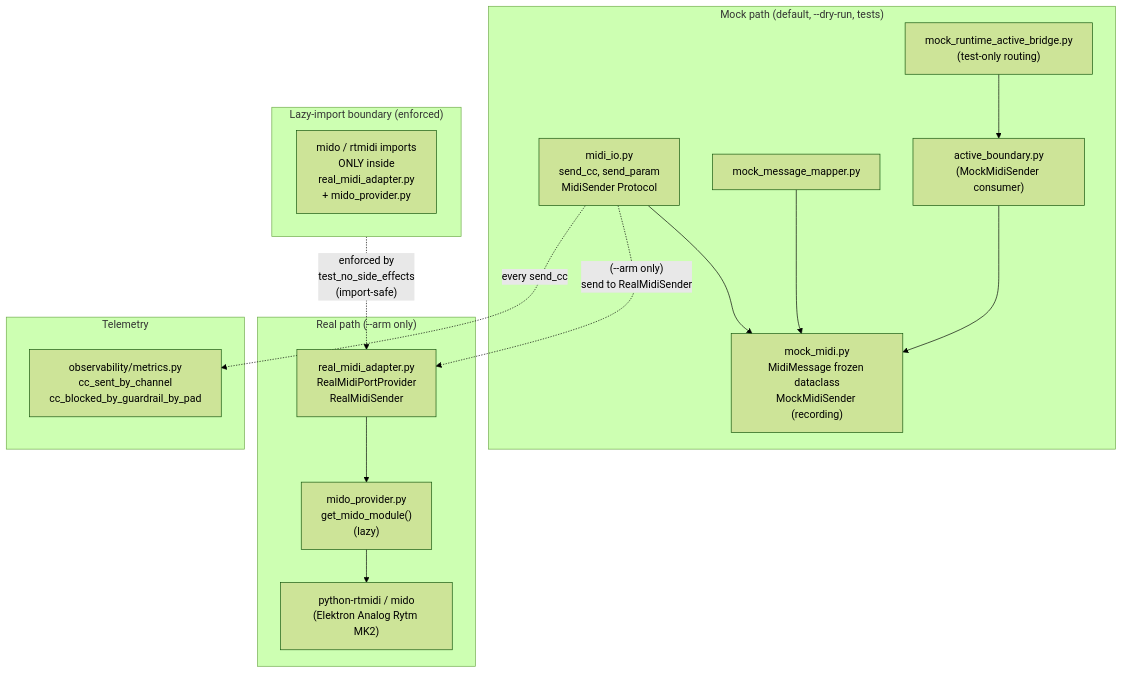
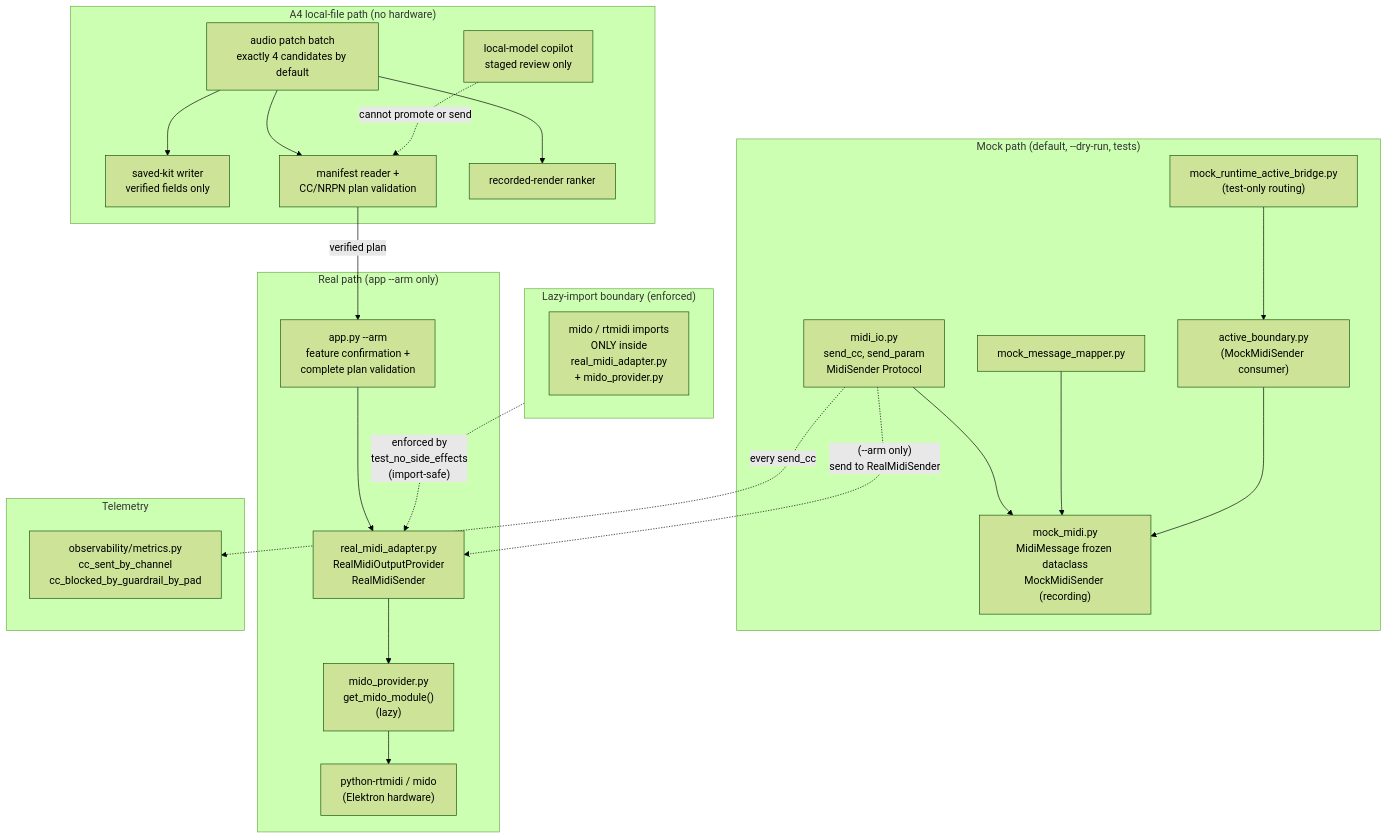
One commit to buzzijose-hub/RytmRandomizer changed diagram 15 of 34 in docs/ARCHITECTURE_DIAGRAMS.md. Above: the diagram before and after it, drawn with Mermaid (forest theme). The commit also changed other lines of this file and 107 other files, not shown here.

Commit message:
fix: close A4 audio patch review findings

````diff
--- a/docs/ARCHITECTURE_DIAGRAMS.md
+++ b/docs/ARCHITECTURE_DIAGRAMS.md
@@ -1111,37 +1119,53 @@
 ```mermaid
 flowchart TB
     subgraph Lazy["Lazy-import boundary (enforced)"]
         MidoLazy["mido / rtmidi imports<br/>ONLY inside<br/>real_midi_adapter.py<br/>+ mido_provider.py"]
     end
 
     subgraph MockPath["Mock path (default, --dry-run, tests)"]
         MidiIO["midi_io.py<br/>send_cc, send_param<br/>MidiSender Protocol"]
         MockMidi["mock_midi.py<br/>MidiMessage frozen dataclass<br/>MockMidiSender (recording)"]
         MockMapper["mock_message_mapper.py"]
         ActiveBoundary["active_boundary.py<br/>(MockMidiSender consumer)"]
         MockBridge["mock_runtime_active_bridge.py<br/>(test-only routing)"]
     end
 
-    subgraph RealPath["Real path (--arm only)"]
-        RealAdapter["real_midi_adapter.py<br/>RealMidiPortProvider<br/>RealMidiSender"]
+    subgraph A4Passive["A4 local-file path (no hardware)"]
+        A4Batch["audio patch batch<br/>exactly 4 candidates by default"]
+        A4SysEx["saved-kit writer<br/>verified fields only"]
+        A4Reader["manifest reader +<br/>CC/NRPN plan validation"]
+        A4Rank["recorded-render ranker"]
+        LocalModel["local-model copilot<br/>staged review only"]
+    end
+
+    subgraph RealPath["Real path (app --arm only)"]
+        AppArm["app.py --arm<br/>feature confirmation +<br/>complete plan validation"]
+        RealAdapter["real_midi_adapter.py<br/>RealMidiOutputProvider<br/>RealMidiSender"]
         MidoProvider["mido_provider.py<br/>get_mido_module()<br/>(lazy)"]
-        RealHardware["python-rtmidi / mido<br/>(Elektron Analog Rytm MK2)"]
+        RealHardware["python-rtmidi / mido<br/>(Elektron hardware)"]
     end
 
     subgraph Observability["Telemetry"]
         Metrics["observability/metrics.py<br/>cc_sent_by_channel<br/>cc_blocked_by_guardrail_by_pad"]
     end
 
     MidiIO --> MockMidi
     MockMapper --> MockMidi
     ActiveBoundary --> MockMidi
     MockBridge --> ActiveBoundary
 
+    A4Batch --> A4SysEx
+    A4Batch --> A4Reader
+    A4Batch --> A4Rank
+    LocalModel -.->|"cannot promote or send"| A4Reader
+    A4Reader -->|"verified plan"| AppArm
+
     MidiIO -.->|"(--arm only)<br/>send to RealMidiSender"| RealAdapter
+    AppArm --> RealAdapter
     RealAdapter --> MidoProvider
     MidoProvider --> RealHardware
 
     MidiIO -.->|"every send_cc"| Metrics
 
     Lazy -.->|"enforced by<br/>test_no_side_effects<br/>(import-safe)"| RealAdapter
 ```
````
